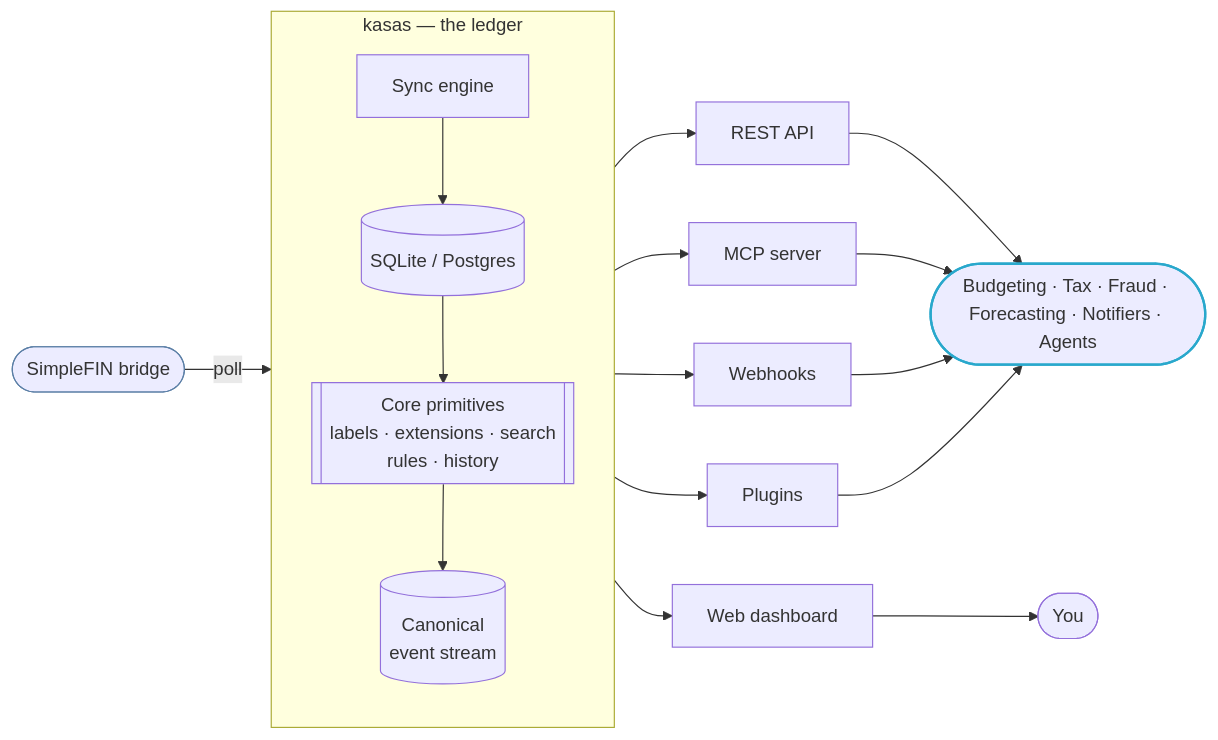
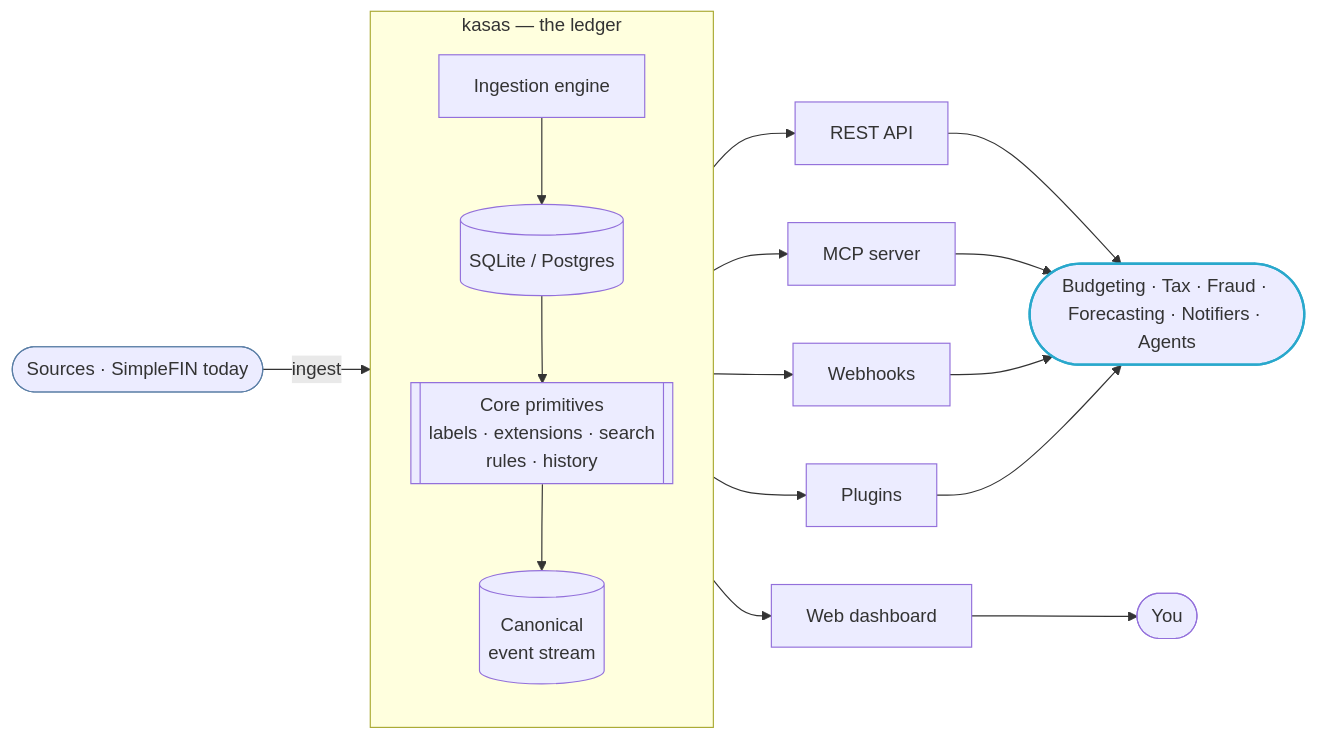
The diagram in docs/index.md (paulmeier/kasas), drawn with Mermaid before and after one commit. The commit also changed other lines of this file and 17 other files, not shown here.

First line of the commit message:
docs: document pluggable ingestion sources (SimpleFIN as the first, not the only) (#57)

````diff
--- a/docs/index.md
+++ b/docs/index.md
@@ -37,32 +38,32 @@
 ```mermaid
 flowchart LR
-    SF([SimpleFIN bridge]):::ext
+    SRC([Sources · SimpleFIN today]):::ext
 
     subgraph K["kasas — the ledger"]
         direction TB
-        SYNC[Sync engine]
+        SYNC[Ingestion engine]
         DB[(SQLite / Postgres)]
         CORE[["Core primitives<br/>labels · extensions · search<br/>rules · history"]]
         EV[(Canonical<br/>event stream)]
         SYNC --> DB --> CORE --> EV
     end
 
-    SF -->|poll| SYNC
+    SRC -->|ingest| SYNC
 
     K --> REST[REST API]
     K --> MCP[MCP server]
     K --> DASH[Web dashboard]
     EV --> WH[Webhooks]
     EV --> PL[Plugins]
 
     REST --> APPS
     MCP --> APPS
     DASH --> USER([You])
     WH --> APPS
     PL --> APPS
 
     APPS([Budgeting · Tax · Fraud · Forecasting · Notifiers · Agents]):::apps
 
     classDef ext stroke:#5b7fa6,stroke-width:1px;
     classDef apps stroke:#29a8cc,stroke-width:2px;
 ```
````
